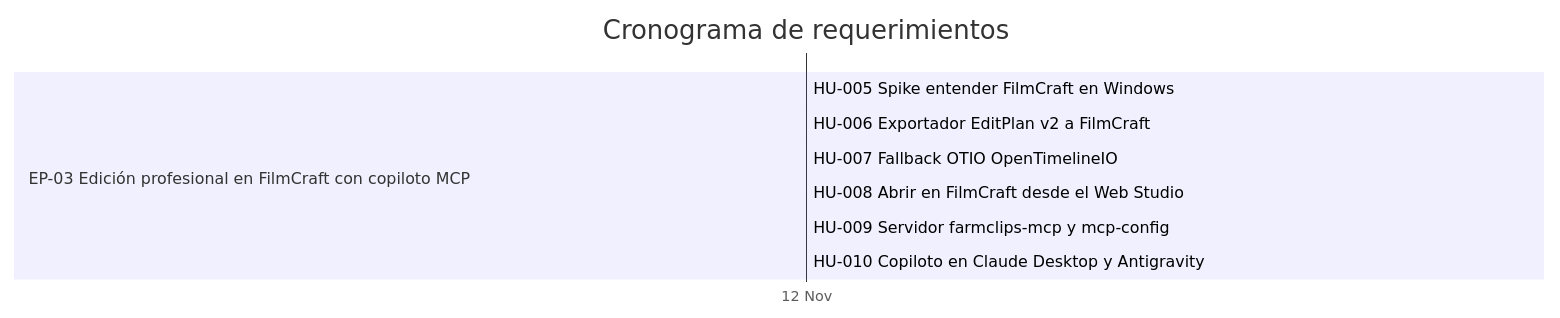
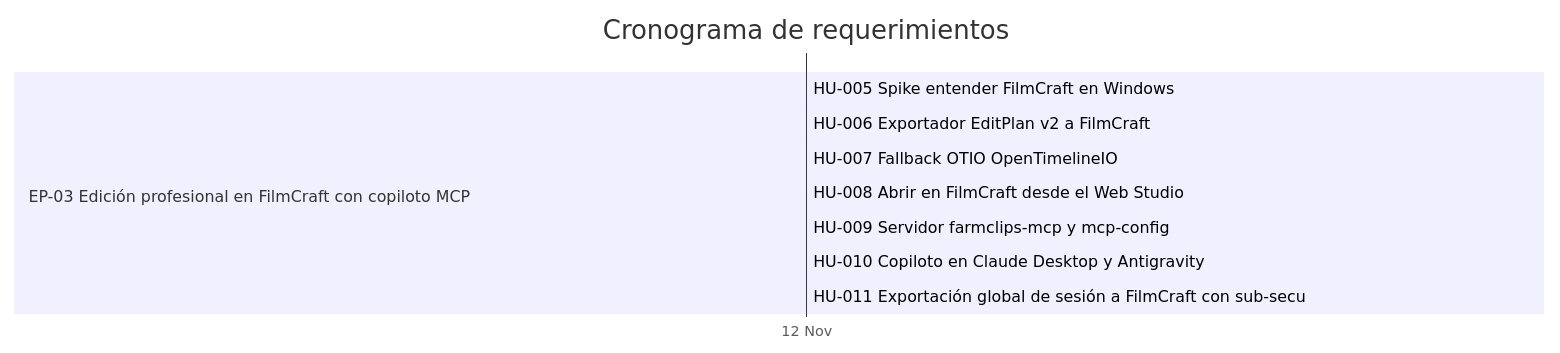
Before and after one commit to SebzSGC/Content-Projects: the diagram in FarmClips/vault/15 - Requerimientos/Tablero de avance.md, drawn with Mermaid. The commit also changed other lines of this file and 14 other files, not shown here.

````diff
--- a/FarmClips/vault/15 - Requerimientos/Tablero de avance.md
+++ b/FarmClips/vault/15 - Requerimientos/Tablero de avance.md
@@ -62,14 +63,15 @@
 ```mermaid
 gantt
     title Cronograma de requerimientos
     dateFormat YYYY-MM-DD
     axisFormat %d %b
     todayMarker stroke-width:2px,stroke:#0e7c86
     section EP-03 Edición profesional en FilmCraft con copiloto MCP
     HU-005 Spike entender FilmCraft en Windows :done, hu-005, 2026-11-12, 2026-11-12
     HU-006 Exportador EditPlan v2 a FilmCraft :done, hu-006, 2026-11-12, 2026-11-12
     HU-007 Fallback OTIO OpenTimelineIO :done, hu-007, 2026-11-12, 2026-11-12
     HU-008 Abrir en FilmCraft desde el Web Studio :done, hu-008, 2026-11-12, 2026-11-12
     HU-009 Servidor farmclips-mcp y mcp-config :done, hu-009, 2026-11-12, 2026-11-12
     HU-010 Copiloto en Claude Desktop y Antigravity :done, hu-010, 2026-11-12, 2026-11-12
+    HU-011 Exportación global de sesión a FilmCraft con sub-secu :done, hu-011, 2026-11-12, 2026-11-12
 ```
````
